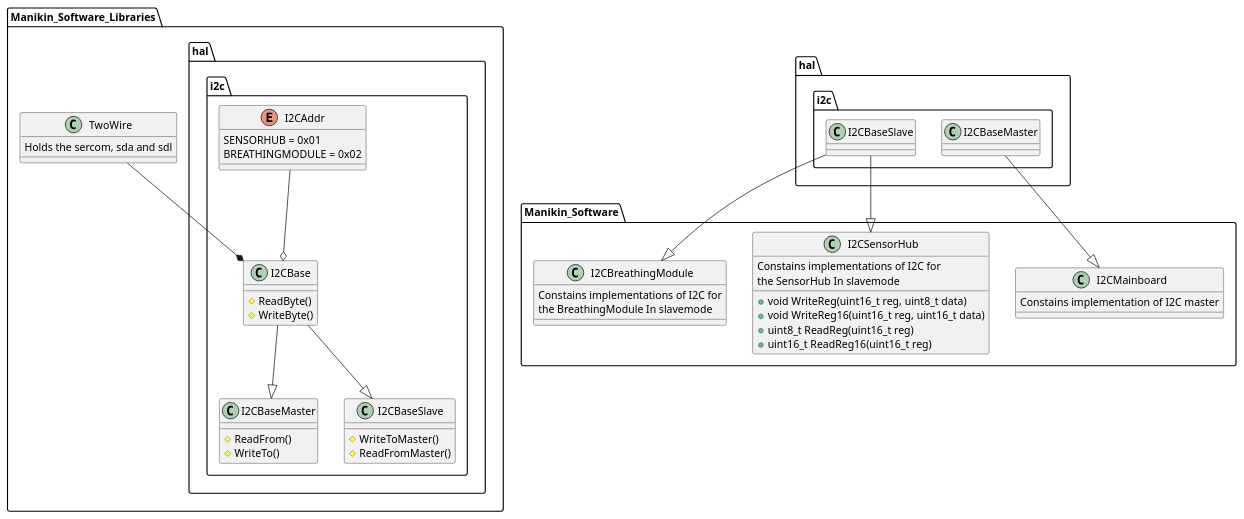
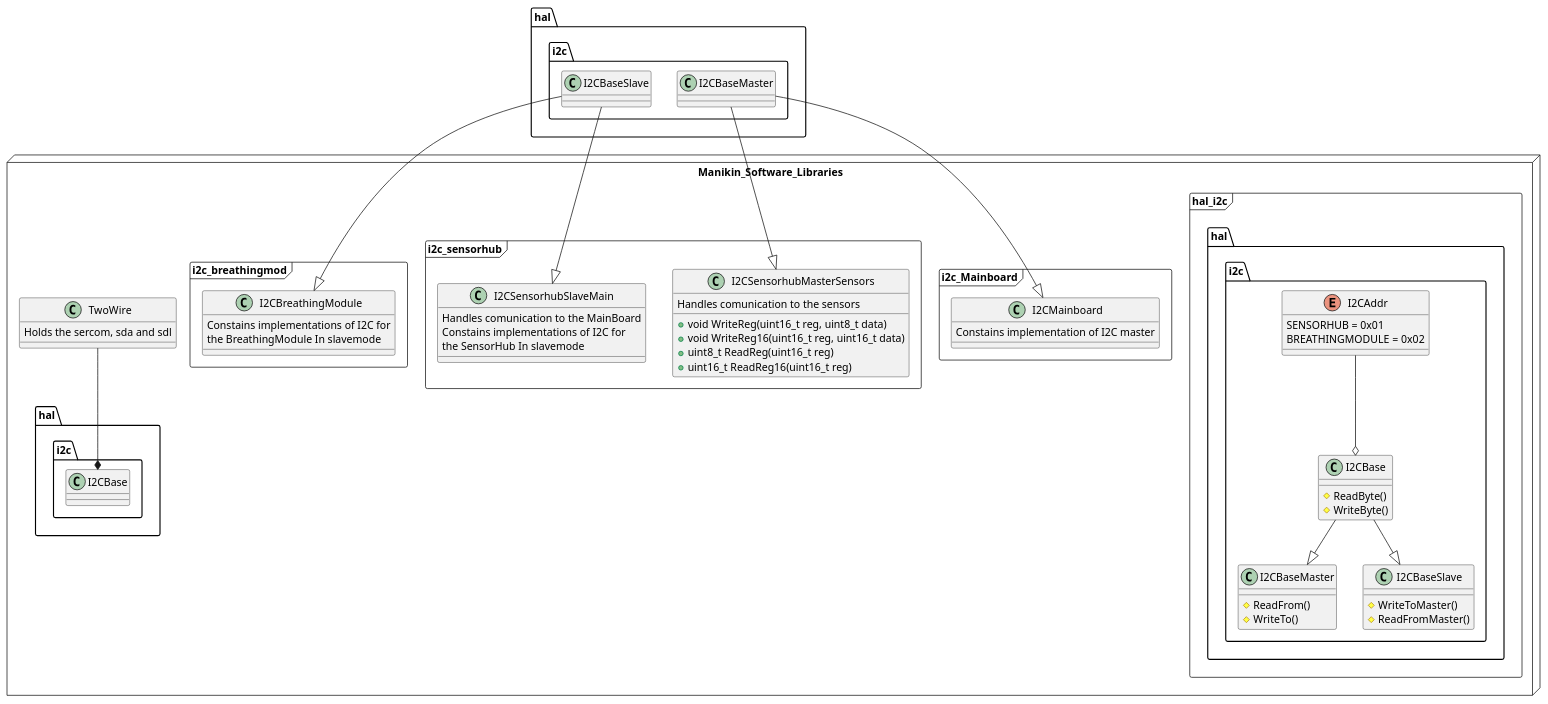
Before and after one commit to RobotPatient/Manikin_Software_Libraries: the diagram in modules/hal_i2c/docs/ClassDiagram.puml, drawn with PlantUML. The commit also changed 6 other files, not shown here.

```diff
--- a/modules/hal_i2c/docs/ClassDiagram.puml
+++ b/modules/hal_i2c/docs/ClassDiagram.puml
@@ -1,62 +1,75 @@
 @startuml I2C
 
 set separator ::
 
-package Manikin_Software_Libraries {
+package Manikin_Software_Libraries <<Node>> {
     class TwoWire {
         Holds the sercom, sda and sdl
     }
+
+    package hal_i2c <<frame>> {
+
     namespace hal::i2c {
         class I2CBase{
             #ReadByte()
             #WriteByte()
         }
 
         class I2CBaseMaster{
             #ReadFrom()
             #WriteTo()
         }
 
         class I2CBaseSlave{
             #WriteToMaster()
             #ReadFromMaster()
         }
 
         enum I2CAddr {
             SENSORHUB = 0x01
             BREATHINGMODULE = 0x02
         }
 
         I2CAddr --o I2CBase
         I2CBase --|> I2CBaseSlave
         I2CBase --|> I2CBaseMaster
     }
-    
+    }
     TwoWire --* hal::i2c::I2CBase
-}
-    
-package Manikin_Software {
+
+    package i2c_Mainboard <<frame>> {
     class I2CMainboard {
         Constains implementation of I2C master
     }
+    }
 
-    class I2CSensorHub {
+    package i2c_sensorhub <<frame>> {
+    class I2CSensorhubSlaveMain {
+        Handles comunication to the MainBoard
         Constains implementations of I2C for
         the SensorHub In slavemode
+    }
+
+    class I2CSensorhubMasterSensors {
+        Handles comunication to the sensors
         +void WriteReg(uint16_t reg, uint8_t data)
         +void WriteReg16(uint16_t reg, uint16_t data)
         +uint8_t ReadReg(uint16_t reg)
         +uint16_t ReadReg16(uint16_t reg)
     }
+    }
 
+    package i2c_breathingmod <<frame>> {
     class I2CBreathingModule {
         Constains implementations of I2C for
         the BreathingModule In slavemode
     }
+    }
 }
 
 hal::i2c::I2CBaseMaster --|> I2CMainboard
-hal::i2c::I2CBaseSlave --|> I2CSensorHub
+hal::i2c::I2CBaseMaster --|> I2CSensorhubMasterSensors
+hal::i2c::I2CBaseSlave --|> I2CSensorhubSlaveMain
 hal::i2c::I2CBaseSlave --|> I2CBreathingModule
 
 @enduml
```
